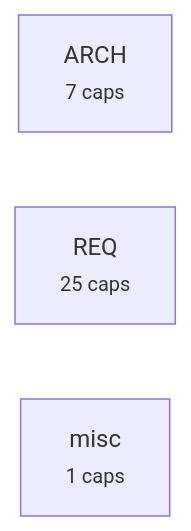
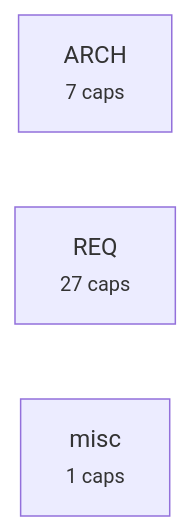
The third of 4 diagrams in requirements/_map.md (alxmax/excalidraw-diagram), drawn with Mermaid before and after one commit. The commit also changed other lines of this file and 22 other files, not shown here.

First line of the commit message:
Make the data-model diagram self-explaining, and fix what rendering showed (v2.12.0)

````diff
--- a/requirements/_map.md
+++ b/requirements/_map.md
@@ -117,6 +119,6 @@
 ```mermaid
 graph LR
   a_ARCH["ARCH<br><small>7 caps</small>"]
-  a_REQ["REQ<br><small>25 caps</small>"]
+  a_REQ["REQ<br><small>27 caps</small>"]
   a_misc["misc<br><small>1 caps</small>"]
 ```
````
